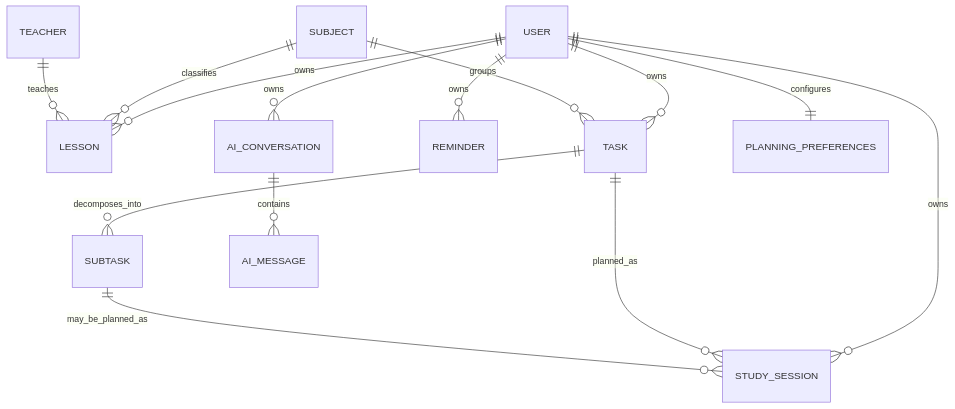
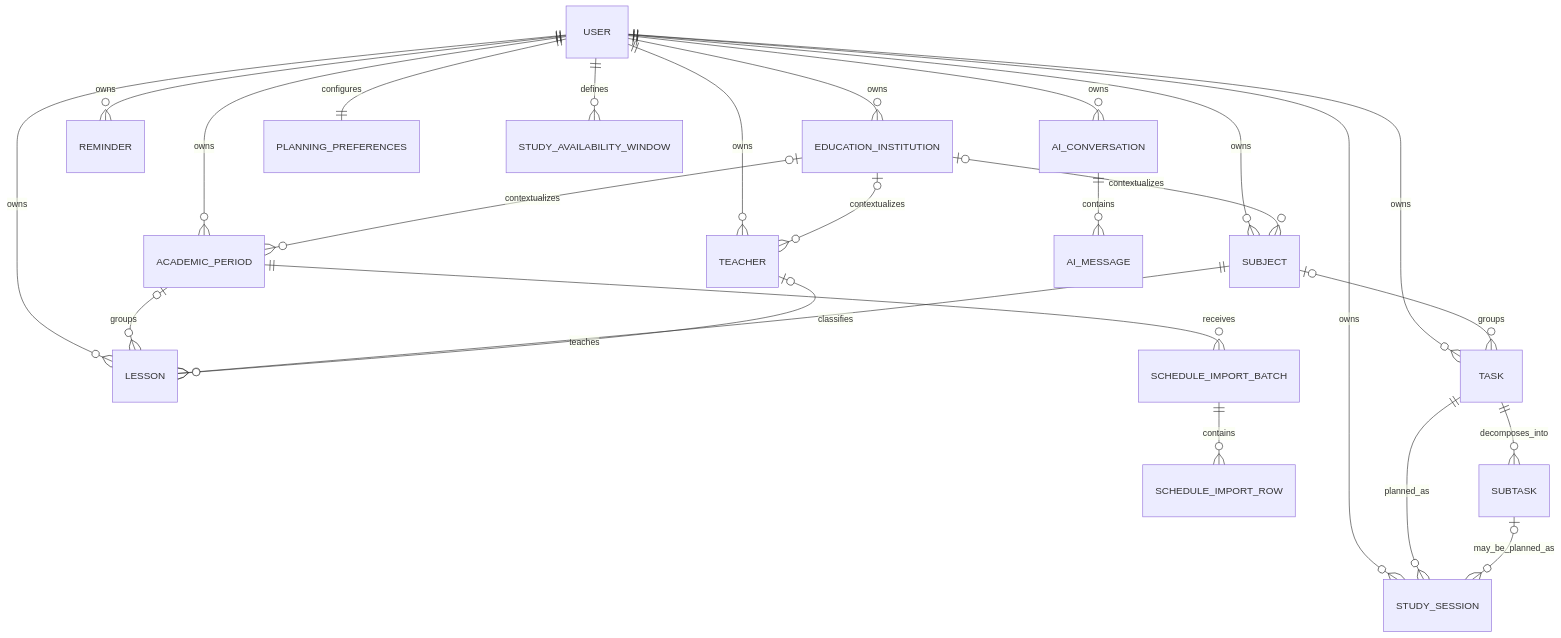
The diagram in docs/domain-model.md (BashukOleksii/Student-AI-Planner-Backend), drawn with Mermaid before and after one commit. The commit also changed other lines of this file and 5 other files, not shown here.

````diff
--- a/docs/domain-model.md
+++ b/docs/domain-model.md
@@ -94,19 +97,31 @@
 ```mermaid
 erDiagram
+    USER ||--o{ EDUCATION_INSTITUTION : owns
+    USER ||--o{ SUBJECT : owns
+    USER ||--o{ TEACHER : owns
+    USER ||--o{ ACADEMIC_PERIOD : owns
     USER ||--o{ LESSON : owns
     USER ||--o{ TASK : owns
     USER ||--o{ STUDY_SESSION : owns
     USER ||--o{ REMINDER : owns
     USER ||--o{ AI_CONVERSATION : owns
     USER ||--|| PLANNING_PREFERENCES : configures
+    USER ||--o{ STUDY_AVAILABILITY_WINDOW : defines
+
+    EDUCATION_INSTITUTION o|--o{ SUBJECT : contextualizes
+    EDUCATION_INSTITUTION o|--o{ TEACHER : contextualizes
+    EDUCATION_INSTITUTION o|--o{ ACADEMIC_PERIOD : contextualizes
+    ACADEMIC_PERIOD o|--o{ LESSON : groups
+    ACADEMIC_PERIOD ||--o{ SCHEDULE_IMPORT_BATCH : receives
+    SCHEDULE_IMPORT_BATCH ||--o{ SCHEDULE_IMPORT_ROW : contains
 
     SUBJECT ||--o{ LESSON : classifies
-    SUBJECT ||--o{ TASK : groups
-    TEACHER ||--o{ LESSON : teaches
+    SUBJECT o|--o{ TASK : groups
+    TEACHER o|--o{ LESSON : teaches
 
     TASK ||--o{ SUBTASK : decomposes_into
     TASK ||--o{ STUDY_SESSION : planned_as
-    SUBTASK ||--o{ STUDY_SESSION : may_be_planned_as
+    SUBTASK o|--o{ STUDY_SESSION : may_be_planned_as
 
     AI_CONVERSATION ||--o{ AI_MESSAGE : contains
 ```
````
